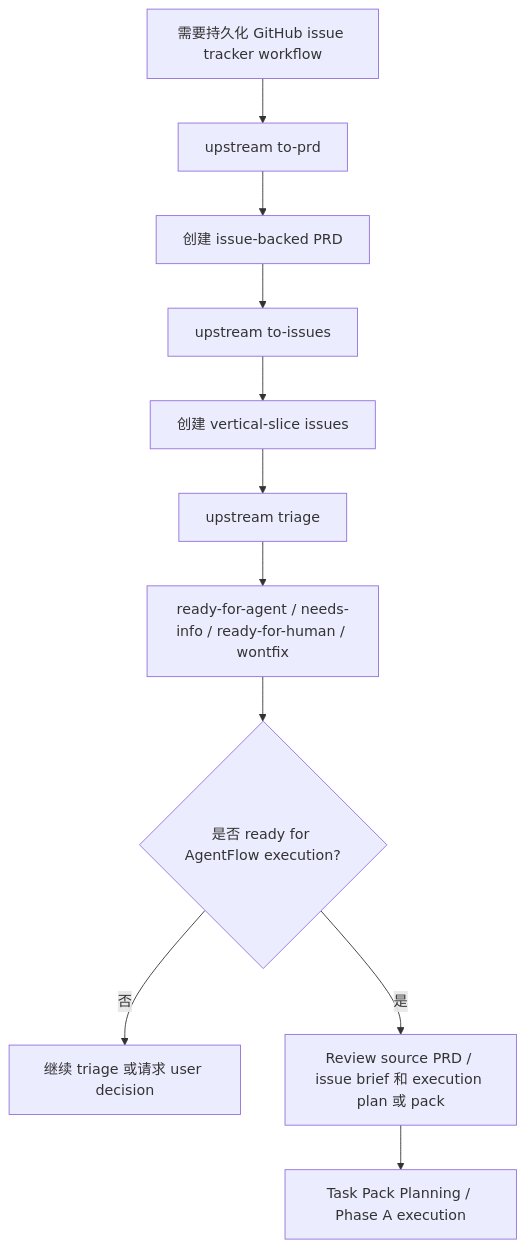
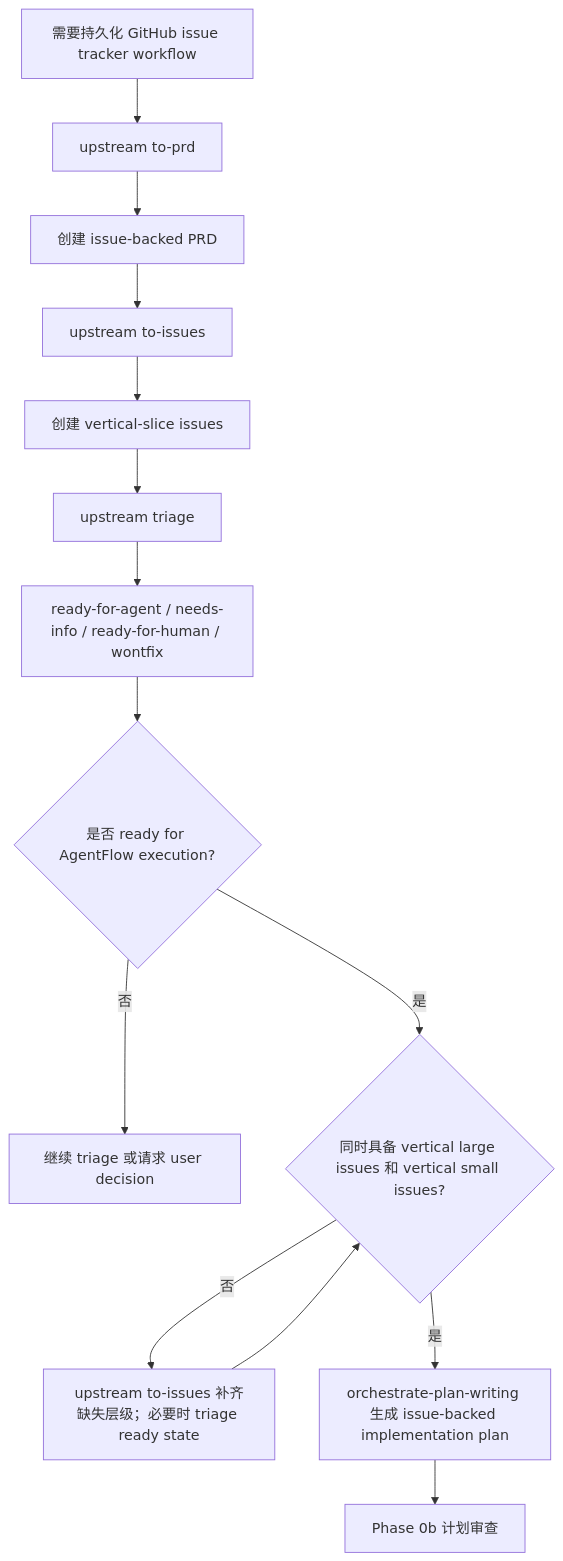
The fifth of 5 diagrams in .agents/skills/orchestrate-workflow/SKILL.md (chancheuklap/multi-model-workflow), drawn with Mermaid before and after one commit. The commit also changed other lines of this file and 20 other files, not shown here.

Commit message:
Align orchestrate workflow docs with issue-backed planning

````diff
--- a/.agents/skills/orchestrate-workflow/SKILL.md
+++ b/.agents/skills/orchestrate-workflow/SKILL.md
@@ -115,13 +124,16 @@
 ```mermaid
 flowchart TD
     A["需要持久化 GitHub issue tracker workflow"] --> B["upstream to-prd"]
     B --> C["创建 issue-backed PRD"]
     C --> D["upstream to-issues"]
     D --> E["创建 vertical-slice issues"]
     E --> F["upstream triage"]
     F --> G["ready-for-agent / needs-info / ready-for-human / wontfix"]
     G --> H{"是否 ready for AgentFlow execution?"}
     H -->|否| I["继续 triage 或请求 user decision"]
-    H -->|是| J["Review source PRD / issue brief 和 execution plan 或 pack"]
-    J --> K["Task Pack Planning / Phase A execution"]
+    H -->|是| J{"同时具备 vertical large issues 和 vertical small issues?"}
+    J -->|否| K["upstream to-issues 补齐缺失层级；必要时 triage ready state"]
+    K --> J
+    J -->|是| L["orchestrate-plan-writing 生成 issue-backed implementation plan"]
+    L --> M["Phase 0b 计划审查"]
 ```
````
